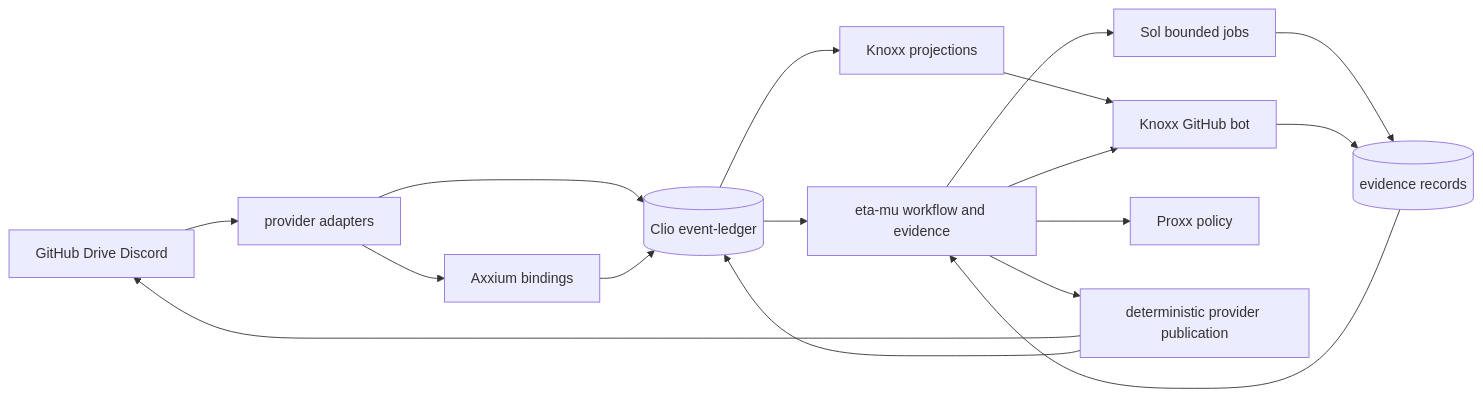
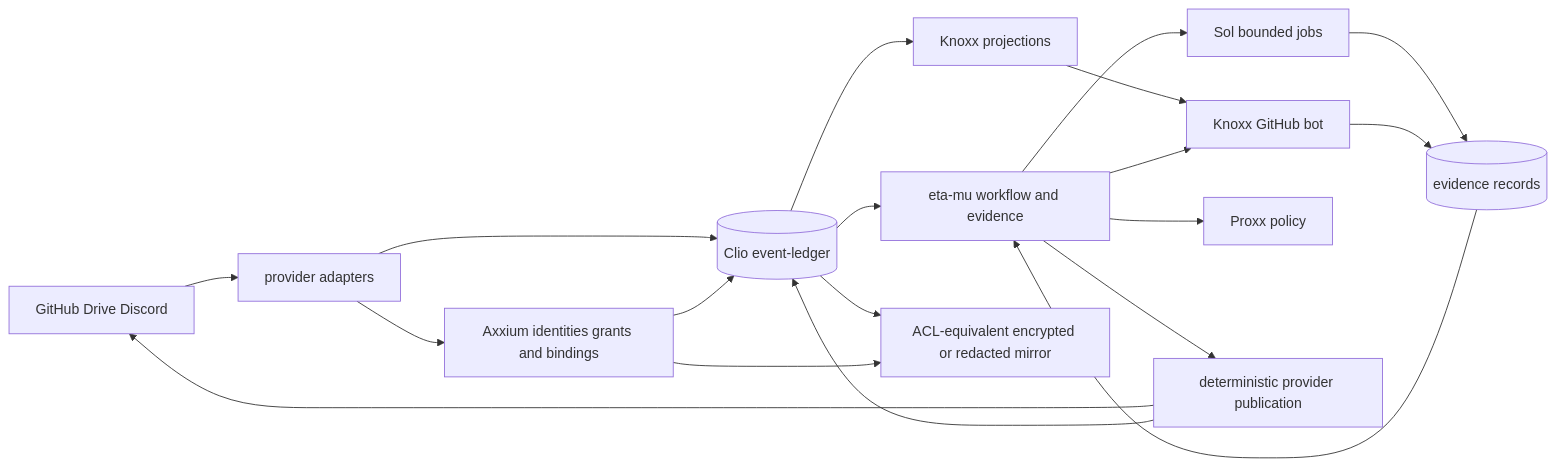
The first of 2 diagrams in docs/notes/design/axxium-event-fabric.md (open-hax/foresight), drawn with Mermaid before and after one commit. The commit also changed other lines of this file, not shown here.

Commit message:
docs: close publication and mirror confidentiality gaps

````diff
--- a/docs/notes/design/axxium-event-fabric.md
+++ b/docs/notes/design/axxium-event-fabric.md
@@ -44,20 +44,23 @@
 ```mermaid
 flowchart LR
   GH[GitHub Drive Discord] --> ADAPTER[provider adapters]
-  ADAPTER --> AXX[Axxium bindings]
+  ADAPTER --> AXX[Axxium identities grants and bindings]
   ADAPTER --> LEDGER[(Clio event-ledger)]
   AXX --> LEDGER
 
   LEDGER --> ETA[eta-mu workflow and evidence]
   LEDGER --> KNOXX[Knoxx projections]
   KNOXX --> BOT[Knoxx GitHub bot]
   ETA --> BOT
   ETA --> SOL[Sol bounded jobs]
   ETA --> PROXX[Proxx policy]
   SOL --> EVID[(evidence records)]
   BOT --> EVID
   EVID --> ETA
   ETA --> PUB[deterministic provider publication]
   PUB --> GH
   PUB --> LEDGER
+
+  LEDGER --> MIRROR[ACL-equivalent encrypted or redacted mirror]
+  AXX --> MIRROR
 ```
````
